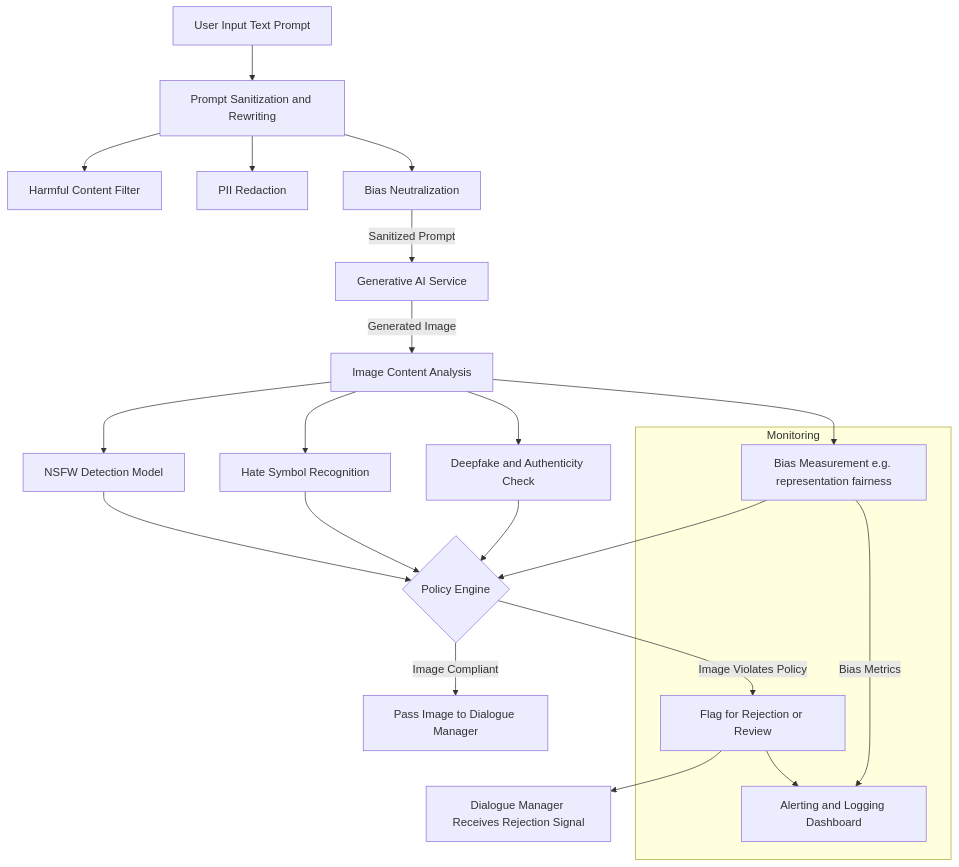
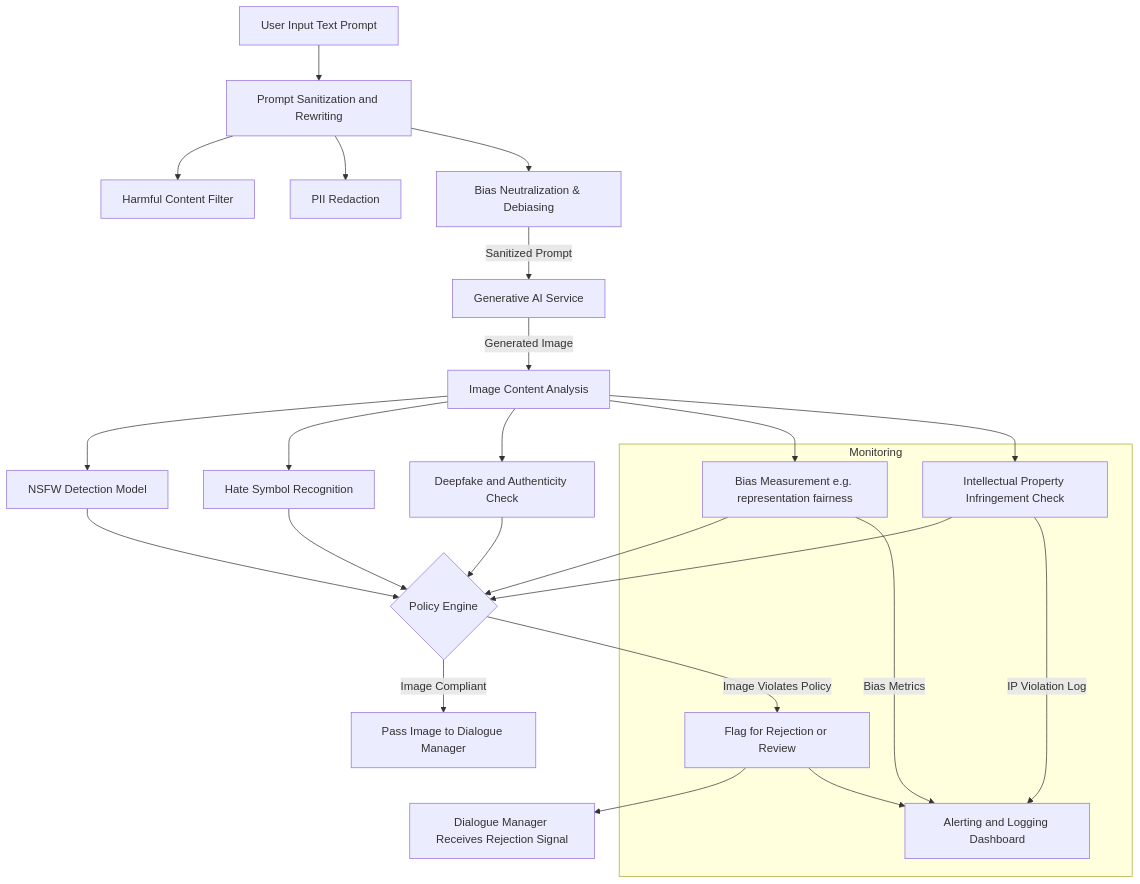
One commit to diplomat-bit/Citibank_Demo_Business_Inc_Demonstration- changed the seventh of 10 diagrams in inventions/003_narrative_generative_image_editing/004_conversational_ai_design_co_creation.md. Above: the diagram before and after it, drawn with Mermaid. The commit also changed other lines of this file, not shown here.

````diff
--- a/inventions/003_narrative_generative_image_editing/004_conversational_ai_design_co_creation.md
+++ b/inventions/003_narrative_generative_image_editing/004_conversational_ai_design_co_creation.md
@@ -260,21 +277,23 @@
 ```mermaid
 graph TD
     A[User Input Text Prompt] --> B[Prompt Sanitization and Rewriting]
     B --> B1[Harmful Content Filter]
     B --> B2[PII Redaction]
-    B --> B3[Bias Neutralization]
+    B --> B3[Bias Neutralization & Debiasing]
     B3 -- Sanitized Prompt --> C[Generative AI Service]
     C -- Generated Image --> D[Image Content Analysis]
     D --> D1[NSFW Detection Model]
     D --> D2[Hate Symbol Recognition]
     D --> D3[Deepfake and Authenticity Check]
     D --> D4[Bias Measurement e.g. representation fairness]
-    D1 & D2 & D3 & D4 --> E{Policy Engine}
+    D --> D5[Intellectual Property Infringement Check]
+    D1 & D2 & D3 & D4 & D5 --> E{Policy Engine}
     E -- Image Violates Policy --> F[Flag for Rejection or Review]
     F --> G[Dialogue Manager Receives Rejection Signal]
     E -- Image Compliant --> H[Pass Image to Dialogue Manager]
     subgraph Monitoring
         F --> I[Alerting and Logging Dashboard]
         D4 -- Bias Metrics --> I
+        D5 -- IP Violation Log --> I
     end
 ```
````
